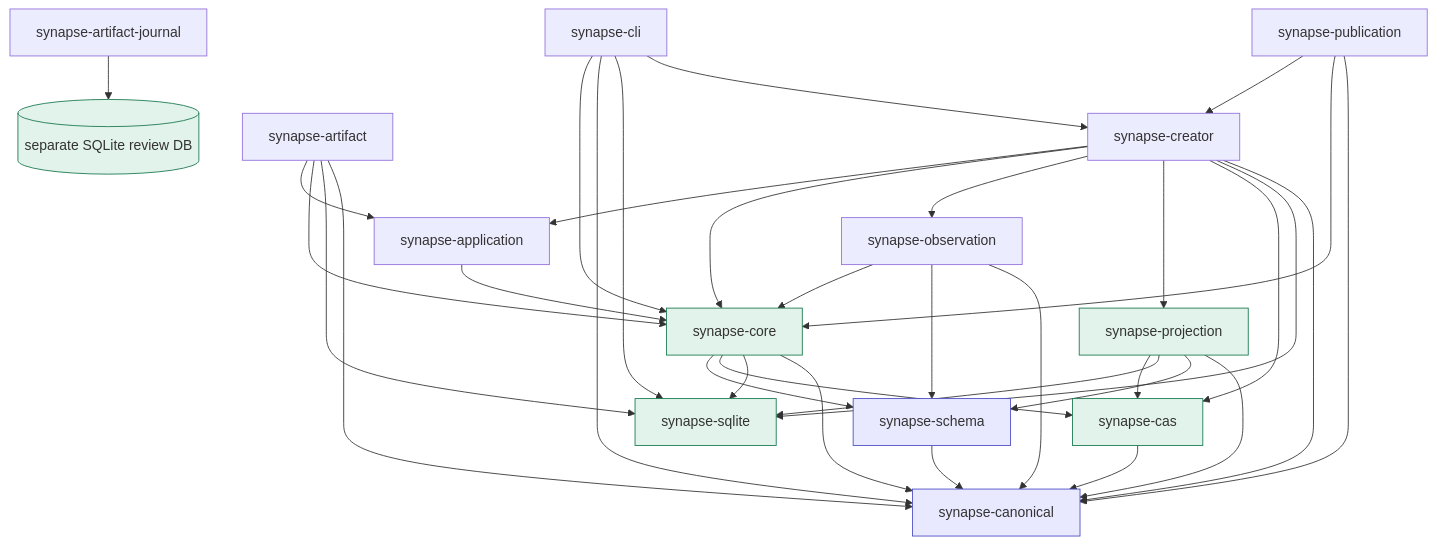
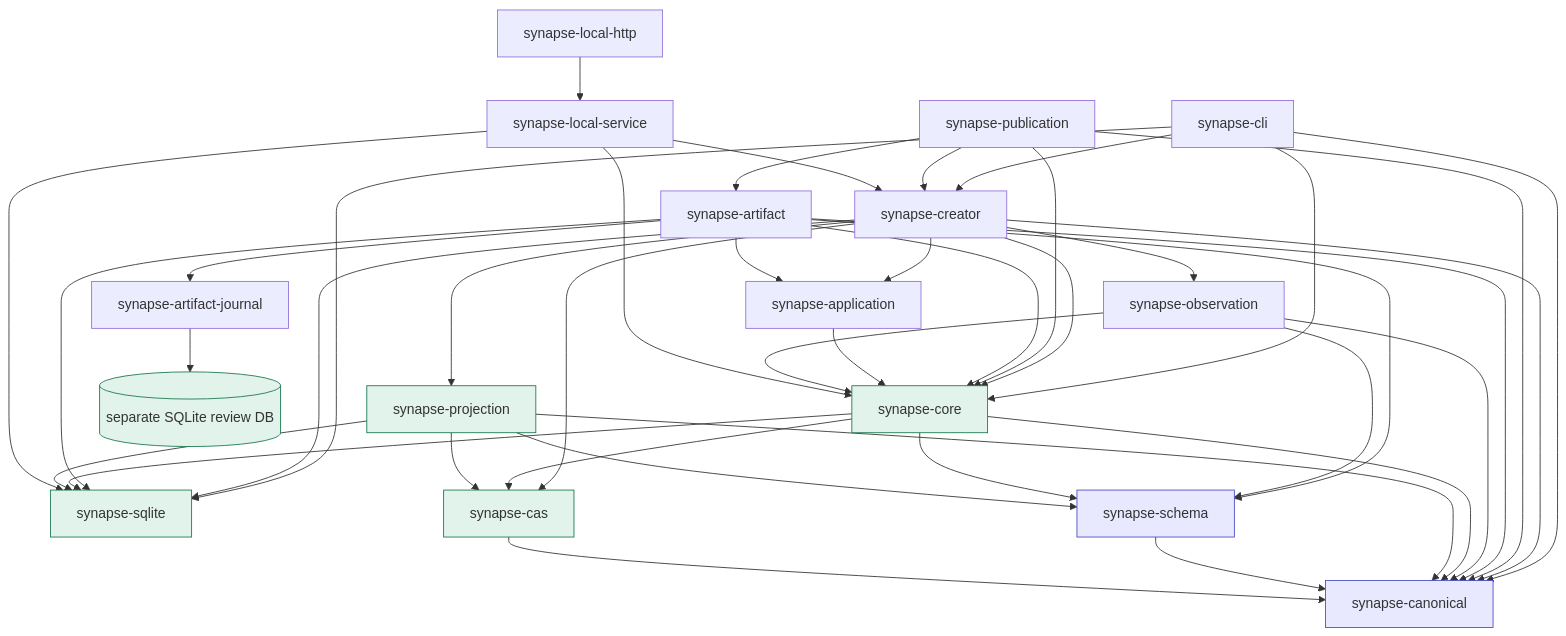
The diagram in CONTRIBUTING.md (howlrs/synapsegit), drawn with Mermaid before and after one commit. The commit also changed other lines of this file and 10 other files, not shown here.

````diff
--- a/CONTRIBUTING.md
+++ b/CONTRIBUTING.md
@@ -50,41 +50,48 @@
 ```mermaid
 flowchart TB
     CLI[synapse-cli] --> Core[synapse-core]
     CLI --> Canon[synapse-canonical]
     CLI --> SQLite[synapse-sqlite]
     CLI --> Creator[synapse-creator]
     Creator --> Application
     Creator --> Core
     Creator --> Observation
     Creator --> Projection
     Creator --> CAS
     Creator --> SQLite
     Creator --> Canon
     Publication[synapse-publication] --> Creator
     Publication --> Core
     Publication --> Canon
+    Publication --> Artifact
     Artifact[synapse-artifact] --> Application
     Artifact --> Core
     Artifact --> SQLite
     Artifact --> Canon
+    Artifact --> ArtifactJournal
+    Artifact --> Schema
     ArtifactJournal[synapse-artifact-journal] --> JournalDb[(separate SQLite review DB)]
     Application[synapse-application] --> Core
     Observation[synapse-observation] --> Core
     Observation --> Schema
     Observation --> Canon
     Core --> Schema[synapse-schema]
     Core --> CAS[synapse-cas]
     Core --> SQLite
     Core --> Canon
     Projection[synapse-projection] --> CAS
     Projection --> SQLite
     Projection --> Schema
     Projection --> Canon
     Schema --> Canon
     CAS --> Canon
+    LocalHttp[synapse-local-http] --> LocalService[synapse-local-service]
+    LocalService --> Core
+    LocalService --> Creator
+    LocalService --> SQLite
 
     classDef identity fill:#e8e8ff,stroke:#4c4cc7;
     classDef storage fill:#e2f3eb,stroke:#18794e;
     class Canon,Schema identity;
     class CAS,SQLite,Core,Projection,JournalDb storage;
 ```
````
